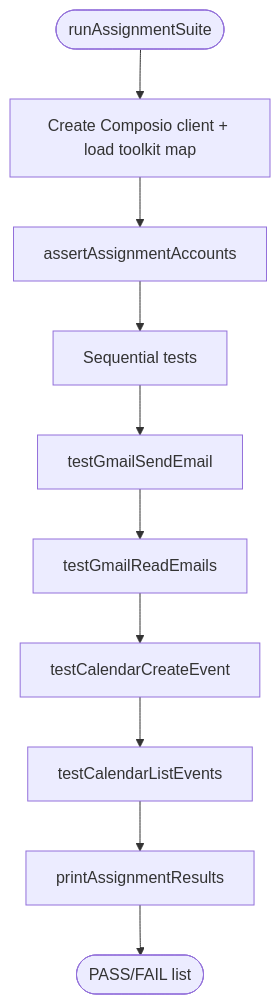
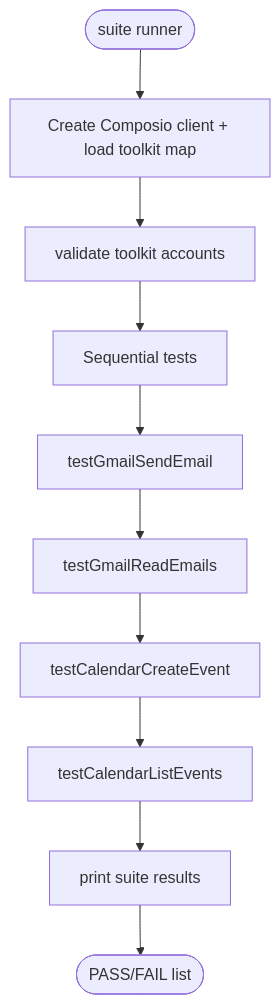
One commit to maniranjan2023/Connecting-Email-and-Calendar-with-CLI changed the fourth of 6 diagrams in readme.md. Above: the diagram before and after it, drawn with Mermaid. The commit also changed other lines of this file, not shown here.

````diff
--- a/readme.md
+++ b/readme.md
@@ -194,12 +194,12 @@
 ```mermaid
 flowchart TD
-  Start([runAssignmentSuite]) --> Load[Create Composio client + load toolkit map]
-  Load --> Assert[assertAssignmentAccounts]
+  Start([suite runner]) --> Load[Create Composio client + load toolkit map]
+  Load --> Assert[validate toolkit accounts]
   Assert --> Tests[Sequential tests]
   Tests --> T1[testGmailSendEmail]
   T1 --> T2[testGmailReadEmails]
   T2 --> T3[testCalendarCreateEvent]
   T3 --> T4[testCalendarListEvents]
-  T4 --> Print[printAssignmentResults]
+  T4 --> Print[print suite results]
   Print --> End([PASS/FAIL list])
 ```
````
